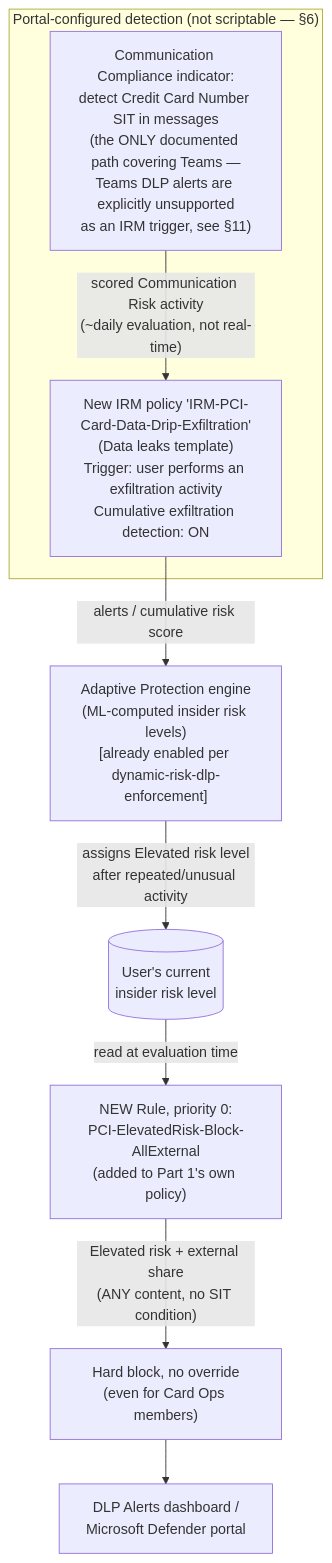
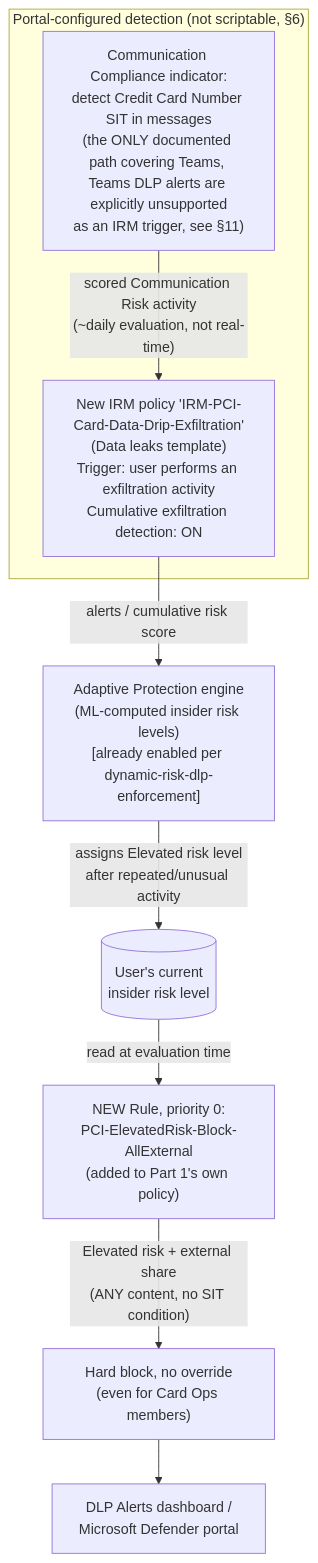
Before and after one commit to kpsec1/kpsec1.github.io: the diagram in src/content/scenarios/dlp/pci-teams-exfil-block-part2-obfuscation-mitigation.md, drawn with Mermaid. The commit also changed other lines of this file and 433 other files, not shown here.

````diff
--- a/src/content/scenarios/dlp/pci-teams-exfil-block-part2-obfuscation-mitigation.md
+++ b/src/content/scenarios/dlp/pci-teams-exfil-block-part2-obfuscation-mitigation.md
@@ -62,13 +65,13 @@
 ```mermaid
 flowchart TD
-    subgraph Detect["Portal-configured detection (not scriptable — §6)"]
-        CC["Communication Compliance indicator:\ndetect Credit Card Number SIT in messages\n(the ONLY documented path covering Teams —\nTeams DLP alerts are explicitly unsupported\nas an IRM trigger, see §11)"]
+    subgraph Detect["Portal-configured detection (not scriptable, §6)"]
+        CC["Communication Compliance indicator:\ndetect Credit Card Number SIT in messages\n(the ONLY documented path covering Teams, \nTeams DLP alerts are explicitly unsupported\nas an IRM trigger, see §11)"]
         IRM["New IRM policy 'IRM-PCI-Card-Data-Drip-Exfiltration'\n(Data leaks template)\nTrigger: user performs an exfiltration activity\nCumulative exfiltration detection: ON"]
         CC -->|"scored Communication Risk activity\n(~daily evaluation, not real-time)"| IRM
     end
     IRM -->|alerts / cumulative risk score| APEngine["Adaptive Protection engine\n(ML-computed insider risk levels)\n[already enabled per dynamic-risk-dlp-enforcement]"]
     APEngine -->|"assigns Elevated risk level\nafter repeated/unusual activity"| RiskLevel[("User's current\ninsider risk level")]
     RiskLevel -->|"read at evaluation time"| NewRule["NEW Rule, priority 0:\nPCI-ElevatedRisk-Block-AllExternal\n(added to Part 1's own policy)"]
     NewRule -->|"Elevated risk + external share\n(ANY content, no SIT condition)"| Block["Hard block, no override\n(even for Card Ops members)"]
     Block --> Reports["DLP Alerts dashboard /\nMicrosoft Defender portal"]
 ```
````
